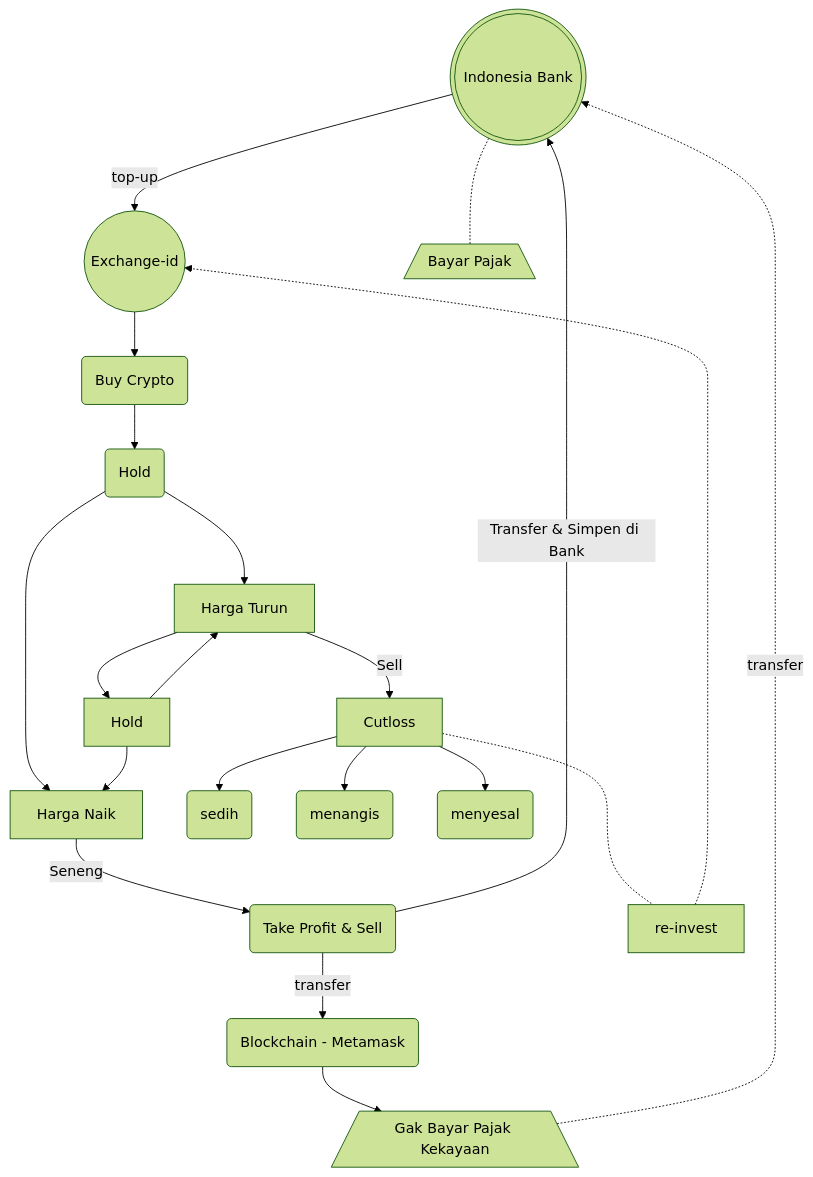
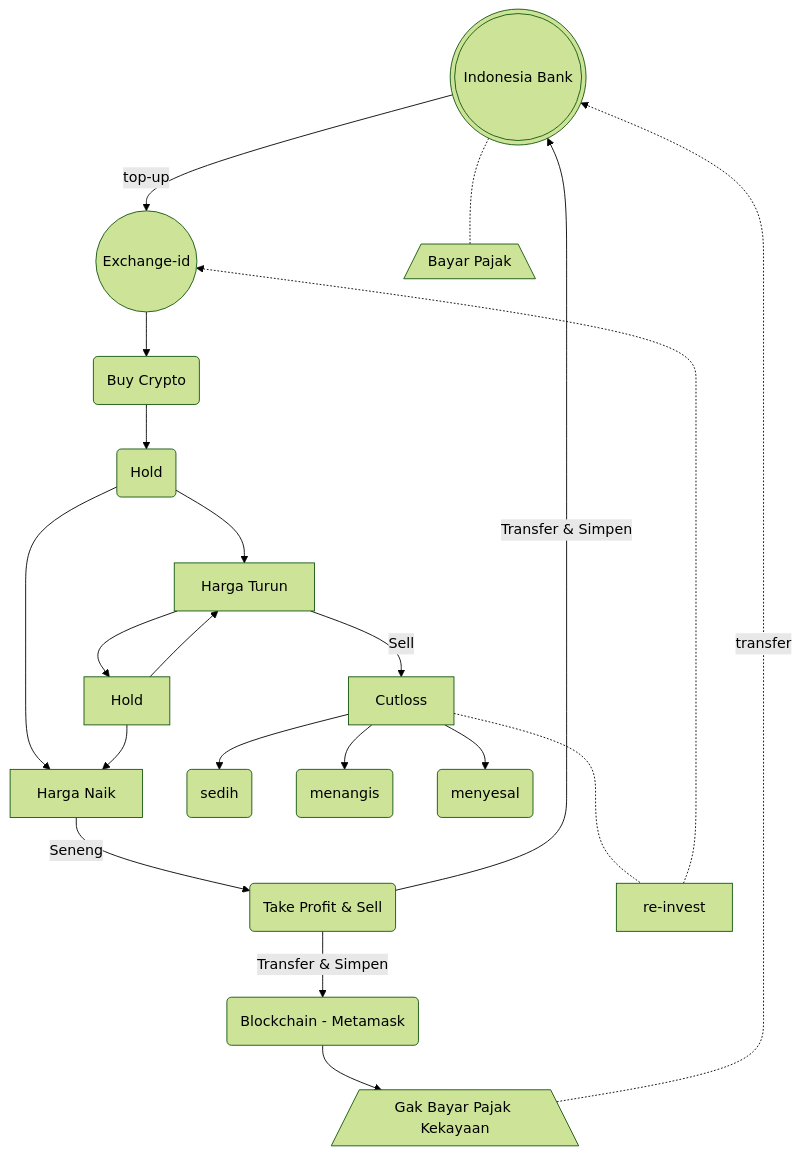
Before and after one commit to nescatfe/tea: the diagram in content/posts/crypto-diagram.md, drawn with Mermaid (forest theme). The commit also changed 1 other file, not shown here.

Commit message:
Edit and delete word's

````diff
--- a/content/posts/crypto-diagram.md
+++ b/content/posts/crypto-diagram.md
@@ -18,22 +18,22 @@
 ```mermaid
 flowchart TB
 
 A(((Indonesia Bank))) -->|top-up| B((Exchange-id))
 B --> BC(Buy Crypto)
 BC --> C(Hold)
 C --> D[Harga Naik] -->|Seneng| H(Take Profit & Sell)
 C --> E[Harga Turun]
 E -->|Sell| F[Cutloss]
 F -..- re-invest -.-> B
 E --> G[Hold]
 G --> D
 G --> E
-H -->|Transfer & Simpen di Bank| A
+H -->|Transfer & Simpen| A
 F --> I(sedih)
 F --> J(menangis)
 F --> K(menyesal)
 A -.- PJ[/Bayar Pajak\]
-H -->|transfer| block(Blockchain - Metamask)
+H -->|Transfer & Simpen| block(Blockchain - Metamask)
 block --> GP[/Gak Bayar Pajak Kekayaan\]
 GP -.->|transfer| A
 ```
````
